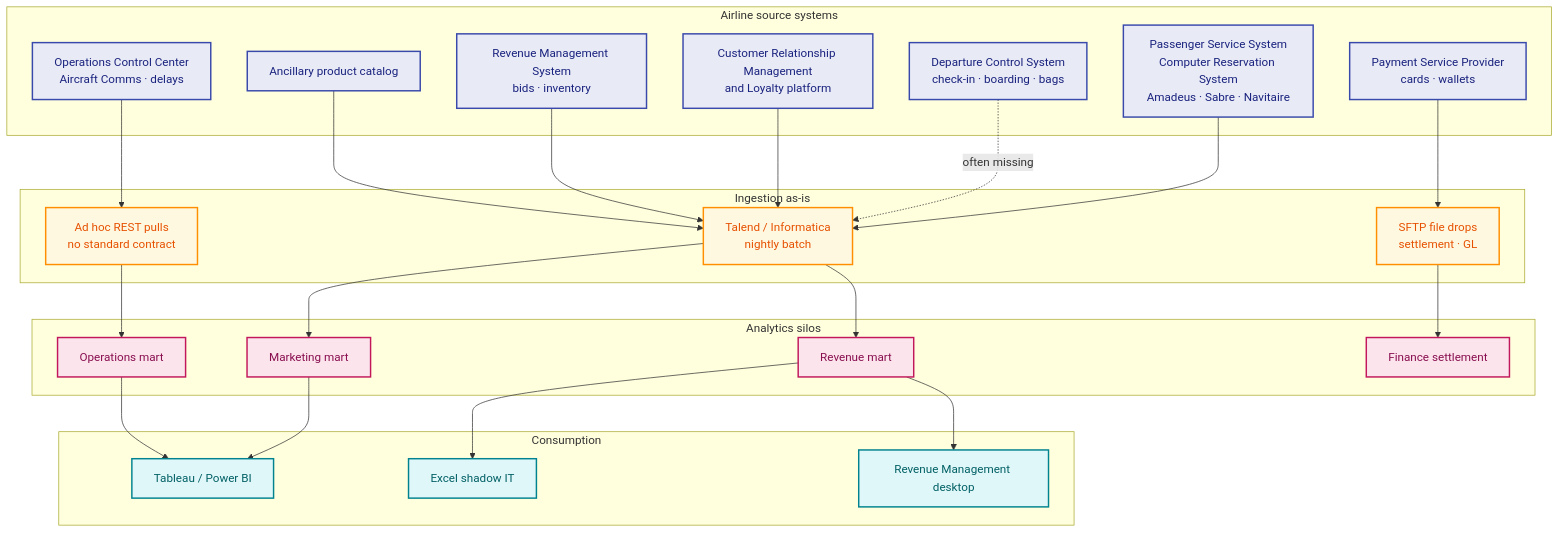
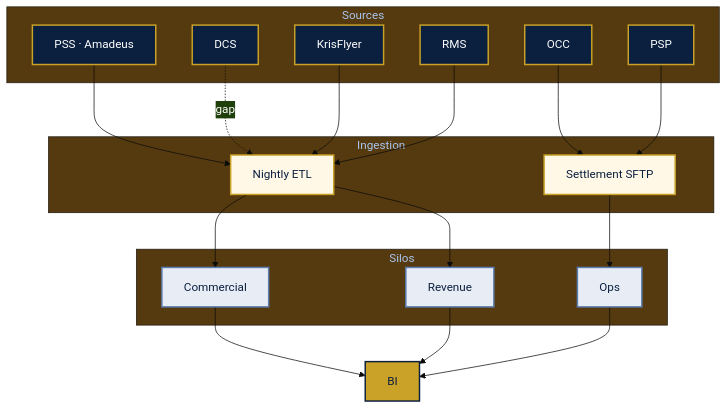
One commit to willtran112358/airline-domain-data-platform changed the diagram in docs/02-as-is-architecture.md. Above: the diagram before and after it, drawn with Mermaid. The commit also changed other lines of this file and 17 other files, not shown here.

````diff
--- a/docs/02-as-is-architecture.md
+++ b/docs/02-as-is-architecture.md
@@ -11,52 +7,37 @@
 ```mermaid
+%%{init: {'theme':'base', 'themeVariables': {'primaryColor':'#0B1F3F','primaryTextColor':'#fff','primaryBorderColor':'#C9A227'}}}%%
 flowchart TB
-    classDef source fill:#e8eaf6,stroke:#3949ab,stroke-width:2px,color:#1a237e
-    classDef ingest fill:#fff8e1,stroke:#ff8f00,stroke-width:2px,color:#e65100
-    classDef store fill:#fce4ec,stroke:#c2185b,stroke-width:2px,color:#880e4f
-    classDef bi fill:#e0f7fa,stroke:#00838f,stroke-width:2px,color:#006064
+    classDef source fill:#0B1F3F,stroke:#C9A227,stroke-width:2px,color:#FFFFFF
+    classDef ingest fill:#FFF8E7,stroke:#C9A227,stroke-width:2px,color:#0B1F3F
+    classDef store fill:#E8EDF5,stroke:#5B7DB1,stroke-width:2px,color:#0B1F3F
+    classDef bi fill:#C9A227,stroke:#0B1F3F,stroke-width:2px,color:#0B1F3F
 
-    subgraph sources["Airline source systems"]
-        PSS["Passenger Service System<br/>Computer Reservation System<br/>Amadeus · Sabre · Navitaire"]:::source
-        DCS["Departure Control System<br/>check-in · boarding · bags"]:::source
-        PAY["Payment Service Provider<br/>cards · wallets"]:::source
-        CRM["Customer Relationship Management<br/>and Loyalty platform"]:::source
-        RMS["Revenue Management System<br/>bids · inventory"]:::source
-        OPS["Operations Control Center<br/>Aircraft Comms · delays"]:::source
-        ANC["Ancillary product catalog"]:::source
+    subgraph sources["Sources"]
+        PSS["PSS · Amadeus"]:::source
+        DCS["DCS"]:::source
+        KF["KrisFlyer"]:::source
+        RMS["RMS"]:::source
+        OCC["OCC"]:::source
+        PAY["PSP"]:::source
     end
+    subgraph ingest["Ingestion"]
+        ETL["Nightly ETL"]:::ingest
+        SFTP["Settlement SFTP"]:::ingest
+    end
+    subgraph marts["Silos"]
+        M1["Commercial"]:::store
+        M2["Revenue"]:::store
+        M3["Ops"]:::store
+    end
+    TAB["BI"]:::bi
 
-    subgraph ingest["Ingestion as-is"]
-        ETL0["Talend / Informatica<br/>nightly batch"]:::ingest
-        SFTP["SFTP file drops<br/>settlement · GL"]:::ingest
-        API0["Ad hoc REST pulls<br/>no standard contract"]:::ingest
-    end
-
-    subgraph store["Analytics silos"]
-        MKT_M["Marketing mart"]:::store
-        REV_M["Revenue mart"]:::store
-        OPS_M["Operations mart"]:::store
-        FIN_M["Finance settlement"]:::store
-    end
-
-    subgraph bi["Consumption"]
-        TAB["Tableau / Power BI"]:::bi
-        XLS["Excel shadow IT"]:::bi
-        RMS_UI["Revenue Management desktop"]:::bi
-    end
-
-    PSS --> ETL0
-    DCS -.->|"often missing"| ETL0
+    PSS --> ETL
+    DCS -.->|"gap"| ETL
+    KF --> ETL
+    RMS --> ETL
+    OCC --> SFTP
     PAY --> SFTP
-    CRM --> ETL0
-    RMS --> ETL0
-    OPS --> API0
-    ANC --> ETL0
-    ETL0 --> MKT_M
-    ETL0 --> REV_M
-    SFTP --> FIN_M
-    API0 --> OPS_M
-    MKT_M --> TAB
-    REV_M --> RMS_UI
-    OPS_M --> TAB
-    REV_M --> XLS
+    ETL --> M1 & M2
+    SFTP --> M3
+    M1 & M2 & M3 --> TAB
 ```
````
